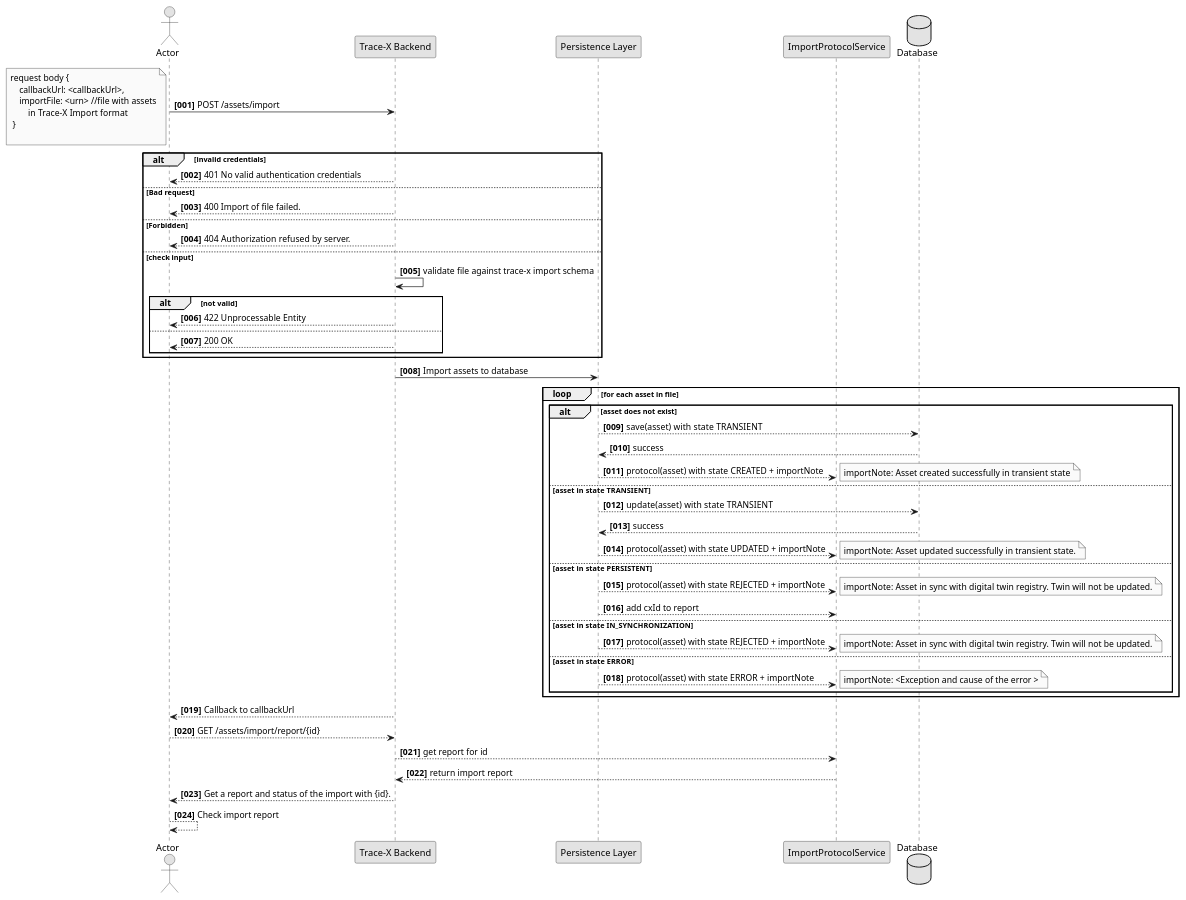
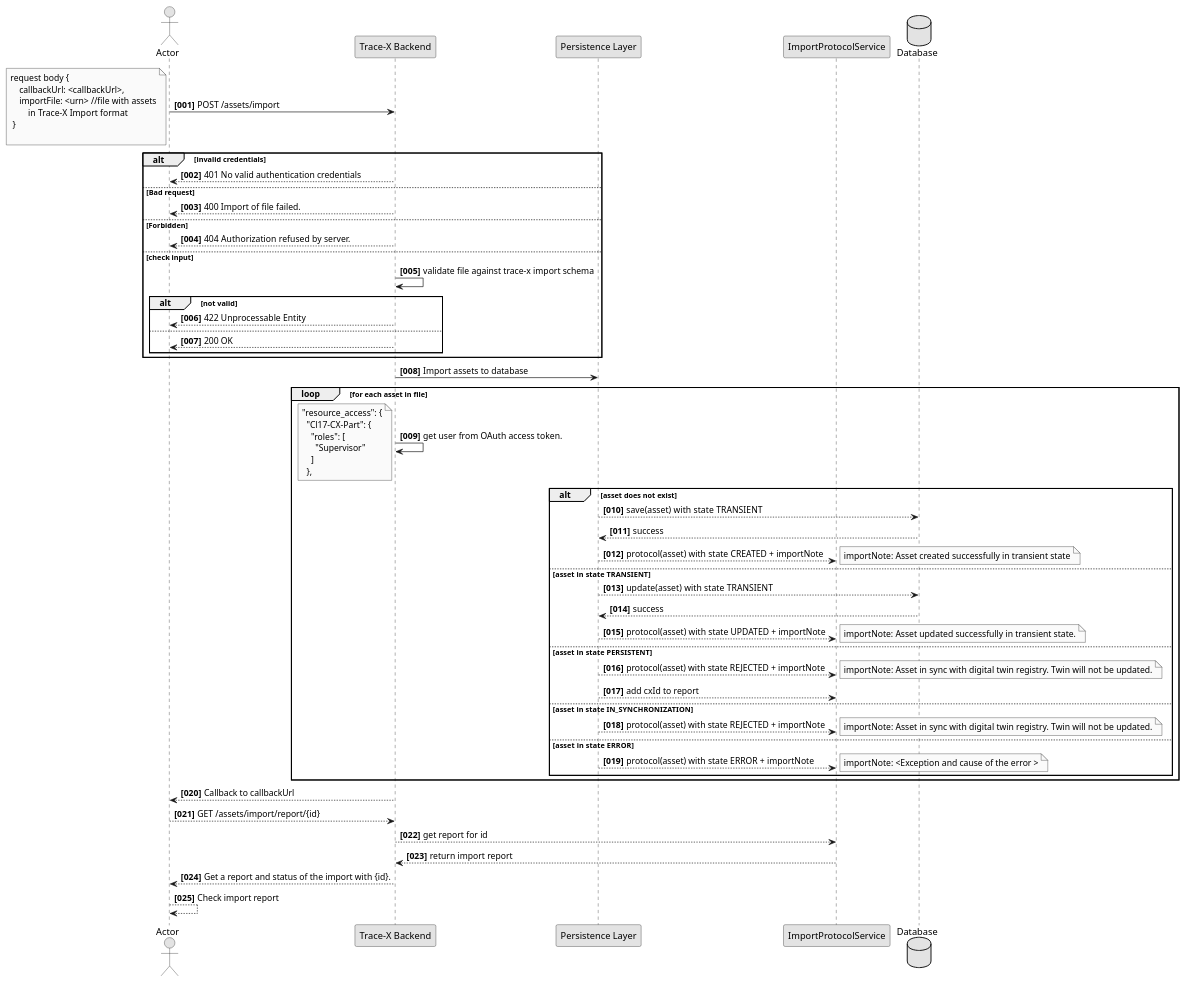
One commit to eclipse-tractusx/traceability-foss changed the diagram in docs/src/docs/concepts/[TRACEFOSS-1019]-data-import-interface/data-import-interface-squence.puml. Above: the diagram before and after it, drawn with PlantUML. The commit also changed 1 other file, not shown here.

Commit message:
fix(diagram):[TRACEFOSS-1019] update diagram

```diff
--- a/docs/src/docs/concepts/[TRACEFOSS-1019]-data-import-interface/data-import-interface-squence.puml
+++ b/docs/src/docs/concepts/[TRACEFOSS-1019]-data-import-interface/data-import-interface-squence.puml
@@ -1,86 +1,94 @@
 @startuml
 skinparam monochrome true
 skinparam shadowing false
 skinparam defaultFontName "Architects daughter"
 
 autonumber "<b>[000]"
 
 actor Actor
 participant "Trace-X Backend" as Backend
 participant "Persistence Layer" as Persistence
 participant "ImportProtocolService" as ImportProtocolService
 database "Database" as Database
 Actor -> Backend : POST /assets/import
 note left
     request body {
         callbackUrl: <callbackUrl>,
         importFile: <urn> //file with assets
             in Trace-X Import format
      }
 
 end note
 
 alt invalid credentials
     Actor <-- Backend : 401 No valid authentication credentials
 else  Bad request
     Actor <-- Backend : 400 Import of file failed.
 else  Forbidden
     Actor <-- Backend : 404 Authorization refused by server.
 else  check input
     Backend -> Backend : validate file against trace-x import schema
     alt not valid
         Actor <-- Backend : 422 Unprocessable Entity
     else
         Actor <-- Backend : 200 OK
     end alt
 end alt
 
 Backend -> Persistence : Import assets to database
 
     loop for each asset in file
-
+        Backend -> Backend : get user from OAuth access token.
+        note left
+              "resource_access": {
+                "Cl17-CX-Part": {
+                  "roles": [
+                    "Supervisor"
+                  ]
+                },
+        end note
         alt asset does not exist
             Persistence --> Database : save(asset) with  state TRANSIENT
             Persistence <-- Database : success
             Persistence --> ImportProtocolService : protocol(asset) with state CREATED + importNote
             note right
                 importNote: Asset created successfully in transient state
             end note
         else asset in  state TRANSIENT
             note right
                 (local asset)
             end note
             Persistence --> Database : update(asset) with  state TRANSIENT
             Persistence <-- Database : success
             Persistence --> ImportProtocolService : protocol(asset) with state UPDATED + importNote
             note right
                 importNote: Asset updated successfully in transient state.
             end note
         else asset in  state PERSISTENT
             Persistence --> ImportProtocolService : protocol(asset) with state REJECTED + importNote
             note right
                  importNote: Asset in sync with digital twin registry. Twin will not be updated.
             end note
             Persistence --> ImportProtocolService : add cxId to report
         else asset in  state IN_SYNCHRONIZATION
               Persistence --> ImportProtocolService : protocol(asset) with state REJECTED + importNote
                note right
                   importNote: Asset in sync with digital twin registry. Twin will not be updated.
               end note
         else asset in  state ERROR
              Persistence --> ImportProtocolService : protocol(asset) with state ERROR + importNote
              note right
                   importNote: <Exception and cause of the error >
               end note
         end alt
 end loop
 
 
 Actor <-- Backend : Callback to callbackUrl
 Actor --> Backend : GET /assets/import/report/{id}
 Backend --> ImportProtocolService : get report for id
 Backend <-- ImportProtocolService : return import report
 Actor <-- Backend : Get a report and status of the import with {id}.
 Actor --> Actor : Check import report
 
 @enduml
```
